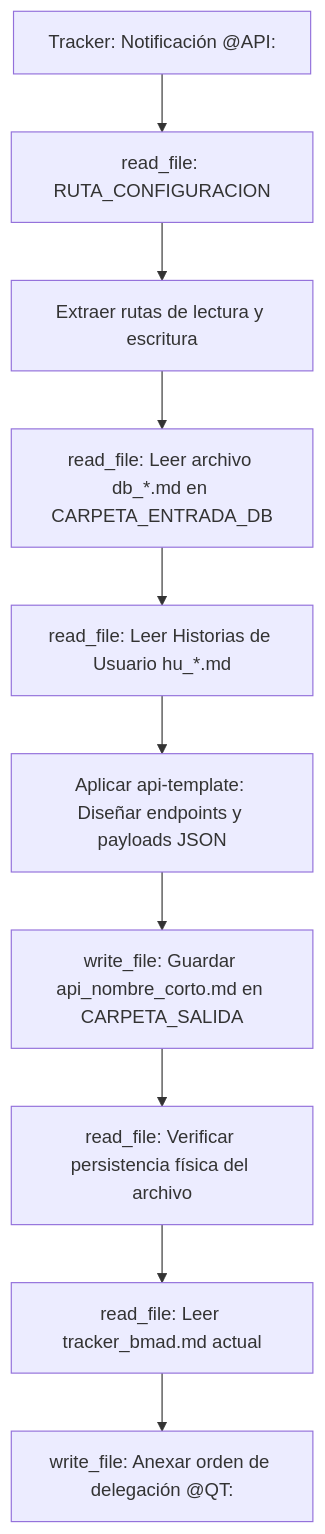
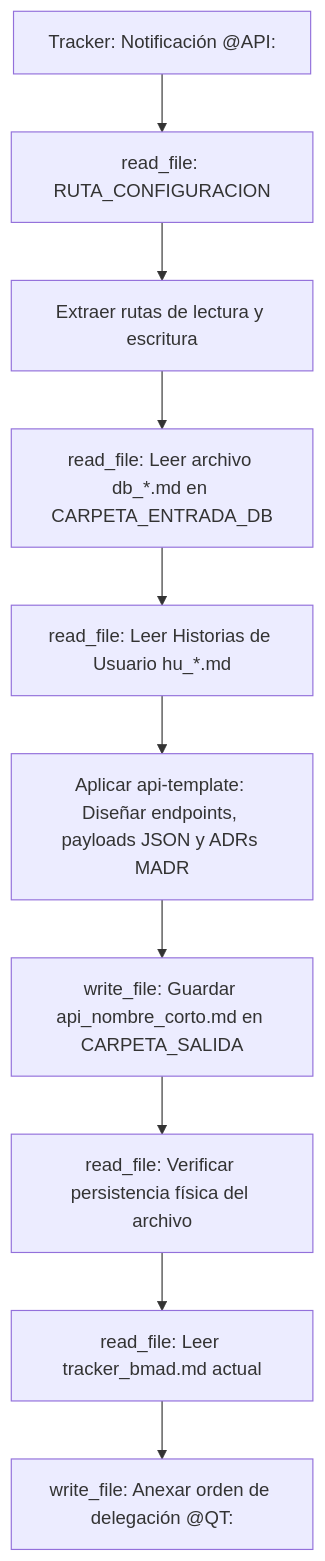
One commit to pauloravicaceres/template-bmad changed the diagram in api-architect/agents/api-architect.agent.md. Above: the diagram before and after it, drawn with Mermaid. The commit also changed other lines of this file and 68 other files, not shown here.

````diff
--- a/api-architect/agents/api-architect.agent.md
+++ b/api-architect/agents/api-architect.agent.md
@@ -38,12 +46,12 @@
 ```mermaid
 flowchart TD
     A["Tracker: Notificación @API:"] --> B["read_file: RUTA_CONFIGURACION"]
     B --> C["Extraer rutas de lectura y escritura"]
     C --> D["read_file: Leer archivo db_*.md en CARPETA_ENTRADA_DB"]
     D --> E["read_file: Leer Historias de Usuario hu_*.md"]
-    E --> F["Aplicar api-template: Diseñar endpoints y payloads JSON"]
+    E --> F["Aplicar api-template: Diseñar endpoints, payloads JSON y ADRs MADR"]
     F --> G["write_file: Guardar api_nombre_corto.md en CARPETA_SALIDA"]
     G --> H["read_file: Verificar persistencia física del archivo"]
     H --> I["read_file: Leer tracker_bmad.md actual"]
     I --> J["write_file: Anexar orden de delegación @QT:"]
 ```
````
